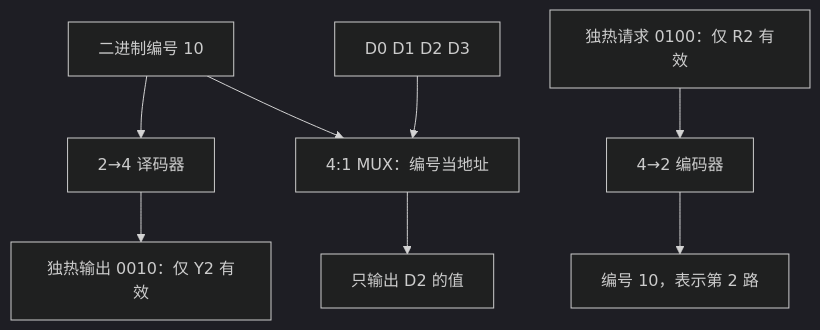
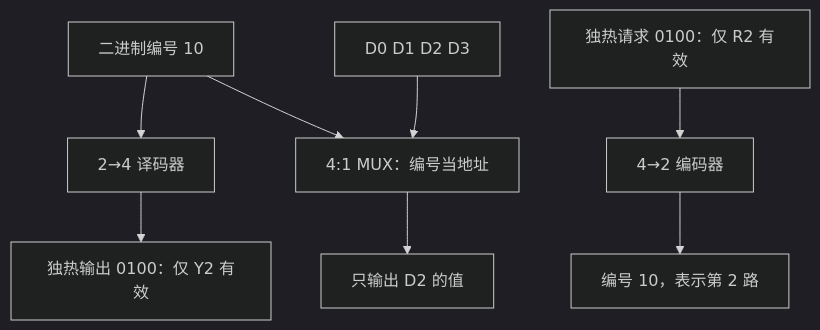
The fourth of 9 diagrams in lessons/数字逻辑与系统/组合逻辑-核心模块可视化图解.md (shanec7825/MyKnowledgeVault), drawn with Mermaid (dark theme) before and after one commit. The commit also changed other lines of this file, not shown here.

Commit message:
docs(digital-logic): correct decoder one-hot output bit order

````diff
--- a/lessons/数字逻辑与系统/组合逻辑-核心模块可视化图解.md
+++ b/lessons/数字逻辑与系统/组合逻辑-核心模块可视化图解.md
@@ -85,10 +85,10 @@
 ```mermaid
 flowchart TB
   A["二进制编号 10"] --> D["2→4 译码器"]
-  D --> O["独热输出 0010：仅 Y2 有效"]
+  D --> O["独热输出 0100：仅 Y2 有效"]
   R["独热请求 0100：仅 R2 有效"] --> E["4→2 编码器"]
   E --> Q["编号 10，表示第 2 路"]
   A --> M["4:1 MUX：编号当地址"]
   X["D0 D1 D2 D3"] --> M
   M --> Z["只输出 D2 的值"]
 ```
````
